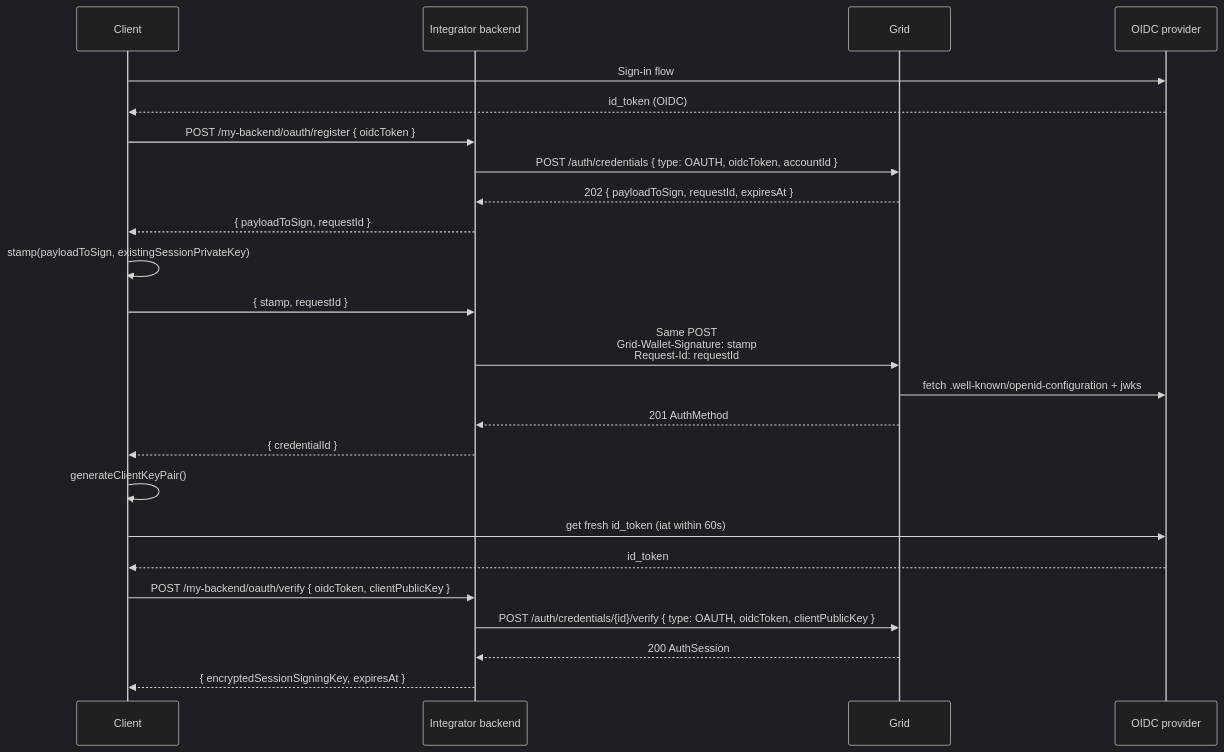
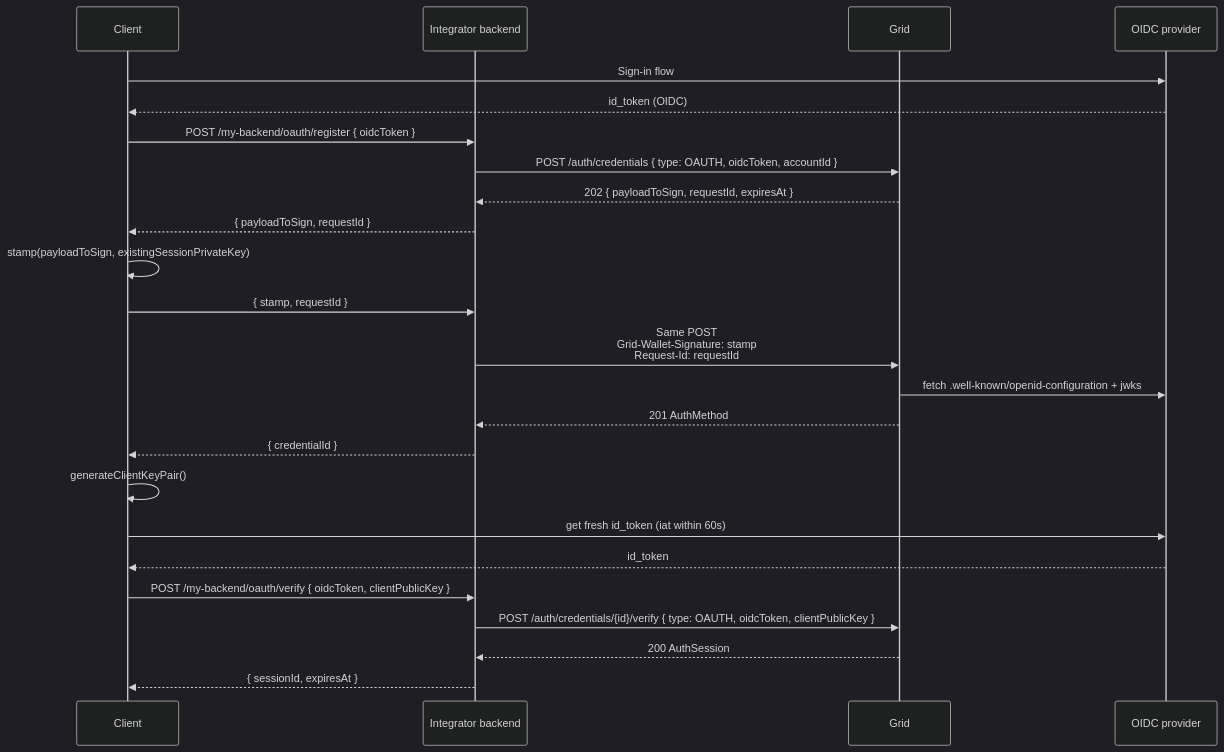
One commit to lightsparkdev/grid-api changed the third of 5 diagrams in mintlify/snippets/global-accounts/authentication.mdx. Above: the diagram before and after it, drawn with Mermaid (dark theme). The commit also changed other lines of this file and 15 other files, not shown here.

First line of the commit message:
docs(global-accounts): drop the uncompressed-key session flow from the guides

````diff
--- a/mintlify/snippets/global-accounts/authentication.mdx
+++ b/mintlify/snippets/global-accounts/authentication.mdx
@@ -413,27 +413,27 @@
 ```mermaid
 sequenceDiagram
   participant C as Client
   participant IB as Integrator backend
   participant G as Grid
   participant OP as OIDC provider
 
   C->>OP: Sign-in flow
   OP-->>C: id_token (OIDC)
   C->>IB: POST /my-backend/oauth/register { oidcToken }
   IB->>G: POST /auth/credentials { type: OAUTH, oidcToken, accountId }
   G-->>IB: 202 { payloadToSign, requestId, expiresAt }
   IB-->>C: { payloadToSign, requestId }
   C->>C: stamp(payloadToSign, existingSessionPrivateKey)
   C->>IB: { stamp, requestId }
   IB->>G: Same POST<br/>Grid-Wallet-Signature: stamp<br/>Request-Id: requestId
   G->>OP: fetch .well-known/openid-configuration + jwks
   G-->>IB: 201 AuthMethod
   IB-->>C: { credentialId }
   C->>C: generateClientKeyPair()
   C->>OP: get fresh id_token (iat within 60s)
   OP-->>C: id_token
   C->>IB: POST /my-backend/oauth/verify { oidcToken, clientPublicKey }
   IB->>G: POST /auth/credentials/{id}/verify { type: OAUTH, oidcToken, clientPublicKey }
   G-->>IB: 200 AuthSession
-  IB-->>C: { encryptedSessionSigningKey, expiresAt }
+  IB-->>C: { sessionId, expiresAt }
 ```
````
